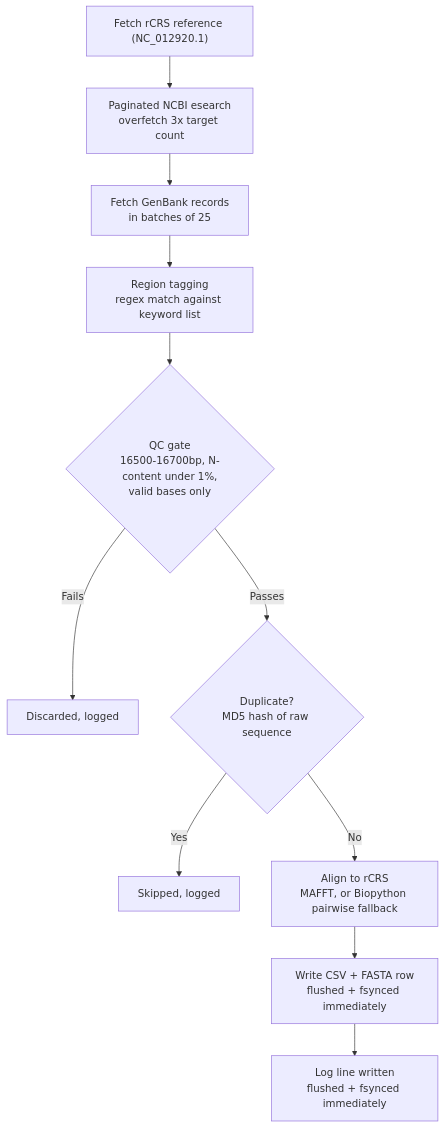
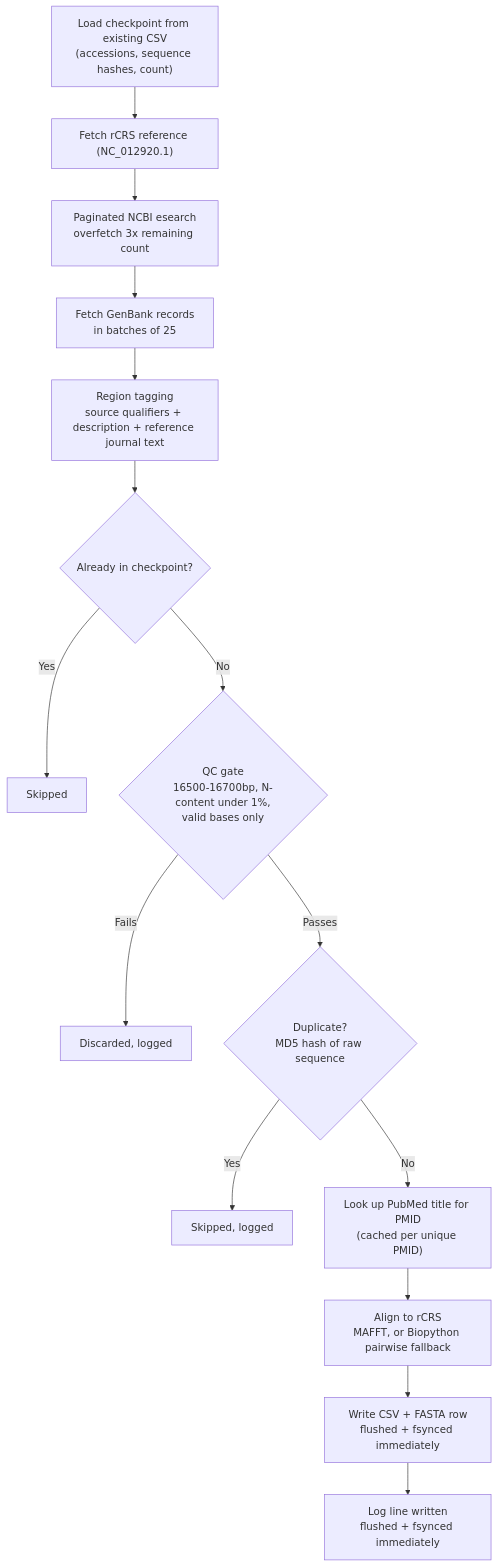
One commit to AbdulRaffayQureshi/mitoharvest changed the diagram in README.md. Above: the diagram before and after it, drawn with Mermaid. The commit also changed other lines of this file, not shown here.

````diff
--- a/README.md
+++ b/README.md
@@ -9,13 +9,17 @@
 ```mermaid
 graph TD
-    A["Fetch rCRS reference (NC_012920.1)"] --> B["Paginated NCBI esearch<br>overfetch 3x target count"]
-    B --> C["Fetch GenBank records<br>in batches of 25"]
-    C --> D["Region tagging<br>regex match against keyword list"]
-    D --> E{"QC gate<br>16500-16700bp, N-content under 1%,<br>valid bases only"}
-    E -- "Fails" --> X["Discarded, logged"]
-    E -- "Passes" --> F{"Duplicate?<br>MD5 hash of raw sequence"}
-    F -- "Yes" --> Y["Skipped, logged"]
-    F -- "No" --> G["Align to rCRS<br>MAFFT, or Biopython pairwise fallback"]
-    G --> H["Write CSV + FASTA row<br>flushed + fsynced immediately"]
-    H --> I["Log line written<br>flushed + fsynced immediately"]
+    A["Load checkpoint from existing CSV<br>(accessions, sequence hashes, count)"] --> B["Fetch rCRS reference (NC_012920.1)"]
+    B --> C["Paginated NCBI esearch<br>overfetch 3x remaining count"]
+    C --> D["Fetch GenBank records<br>in batches of 25"]
+    D --> E["Region tagging<br>source qualifiers + description + reference journal text"]
+    E --> F{"Already in checkpoint?"}
+    F -- "Yes" --> Skip1["Skipped"]
+    F -- "No" --> G{"QC gate<br>16500-16700bp, N-content under 1%,<br>valid bases only"}
+    G -- "Fails" --> X["Discarded, logged"]
+    G -- "Passes" --> H{"Duplicate?<br>MD5 hash of raw sequence"}
+    H -- "Yes" --> Y["Skipped, logged"]
+    H -- "No" --> I["Look up PubMed title for PMID<br>(cached per unique PMID)"]
+    I --> J["Align to rCRS<br>MAFFT, or Biopython pairwise fallback"]
+    J --> K["Write CSV + FASTA row<br>flushed + fsynced immediately"]
+    K --> L["Log line written<br>flushed + fsynced immediately"]
 ```
````
